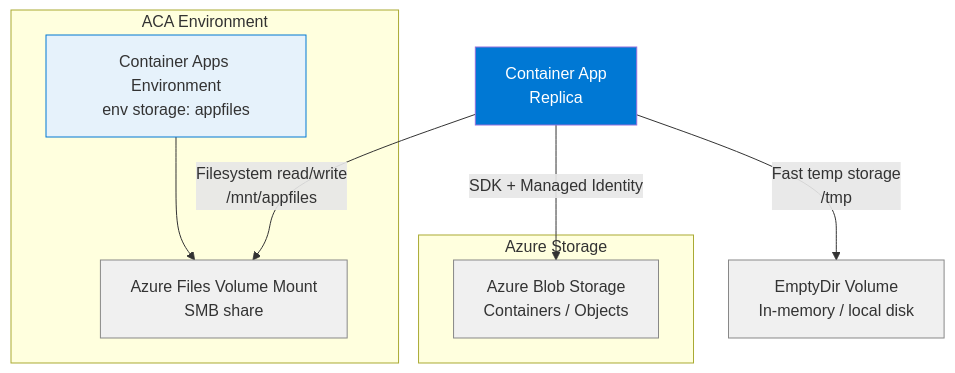
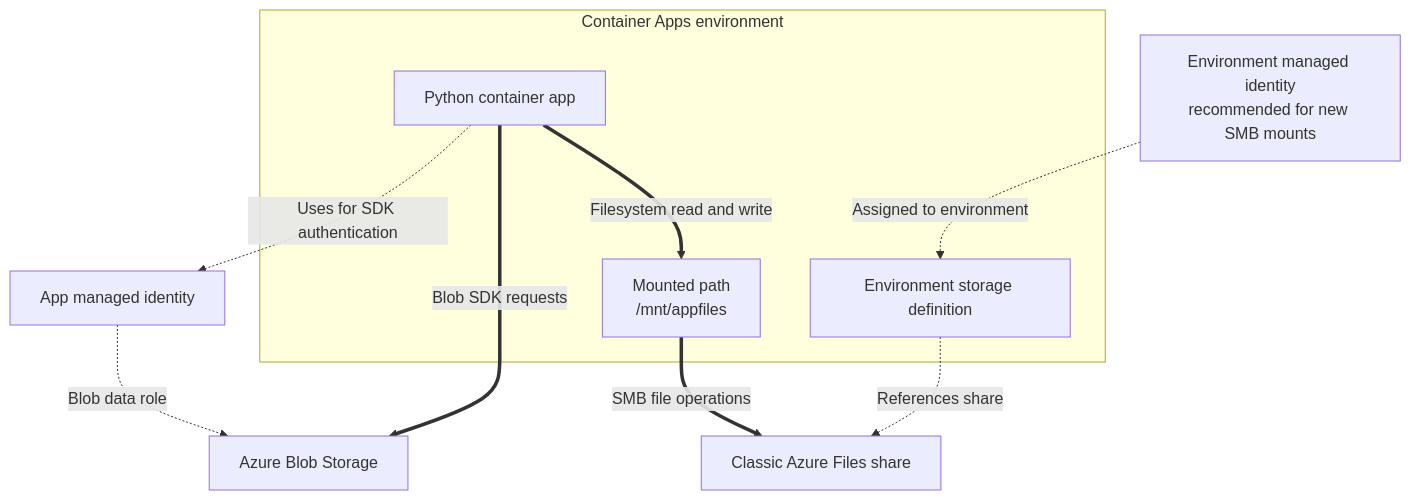
One commit to yeongseon/azure-container-apps-practical-guide changed the first of 2 diagrams in docs/language-guides/python/recipes/storage.md. Above: the diagram before and after it, drawn with Mermaid. The commit also changed other lines of this file and 2 other files, not shown here.

Commit message:
docs(diagrams): complete Python recipe migration inventory

````diff
--- a/docs/language-guides/python/recipes/storage.md
+++ b/docs/language-guides/python/recipes/storage.md
@@ -43,22 +26,24 @@
 ```mermaid
-graph TD
-    CA[Container App<br/>Replica] -->|SDK + Managed Identity| BLOB[Azure Blob Storage<br/>Containers / Objects]
-    CA -->|Filesystem read/write<br/>/mnt/appfiles| MOUNT[Azure Files Volume Mount<br/>SMB share]
-    CA -->|Fast temp storage<br/>/tmp| EMPTY[EmptyDir Volume<br/>In-memory / local disk]
+flowchart TD
+    accTitle: Choose persistent object or file storage for a Python app
+    accDescr: The Python app can use its managed identity with the Blob SDK for object storage, or mount a classic Azure Files share through an environment storage definition for shared filesystem access.
 
-    subgraph ACA Environment
-        ENV[Container Apps Environment<br/>env storage: appfiles]
-        ENV --> MOUNT
+    APP_ID[App managed identity]
+    ENV_ID[Environment managed identity<br/>recommended for new SMB mounts]
+    BLOB[Azure Blob Storage]
+    FILES[Classic Azure Files share]
+
+    subgraph ENV[Container Apps environment]
+        APP[Python container app]
+        STORAGE[Environment storage definition]
+        MOUNT[Mounted path<br/>/mnt/appfiles]
     end
 
-    subgraph Azure Storage
-        BLOB
-        MOUNT
-    end
-
-    style CA fill:#0078d4,color:#fff
-    style ENV fill:#e6f2fb,stroke:#0078d4
-    style BLOB fill:#f0f0f0,stroke:#888
-    style MOUNT fill:#f0f0f0,stroke:#888
-    style EMPTY fill:#f0f0f0,stroke:#888
+    APP -.->|Uses for SDK authentication| APP_ID
+    APP_ID -.->|Blob data role| BLOB
+    APP ==>|Blob SDK requests| BLOB
+    ENV_ID -.->|Assigned to environment| STORAGE
+    STORAGE -.->|References share| FILES
+    APP ==>|Filesystem read and write| MOUNT
+    MOUNT ==>|SMB file operations| FILES
 ```
````
